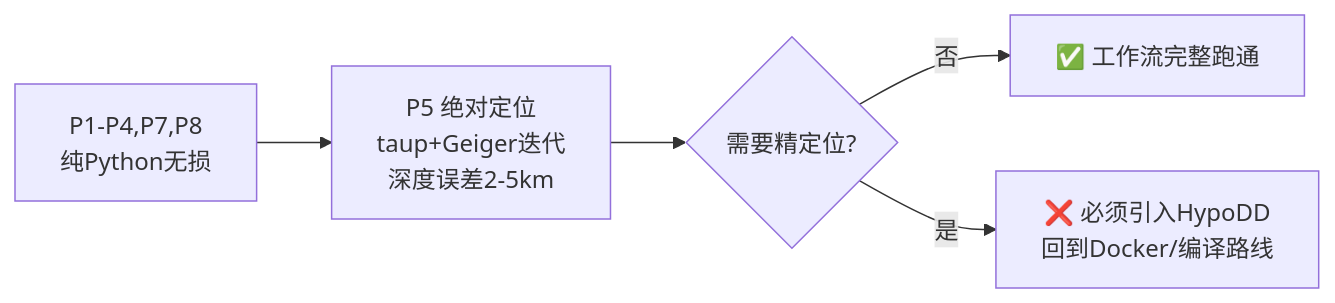
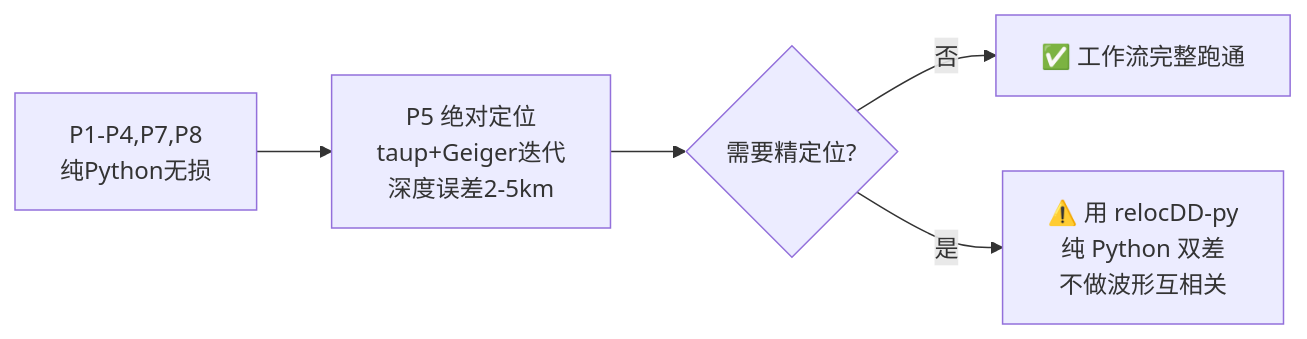
The diagram in instructions.md (Harmony-Lin/Geophysics_skill), drawn with Mermaid before and after one commit. The commit also changed other lines of this file and 23 other files, not shown here.

````diff
--- a/instructions.md
+++ b/instructions.md
@@ -484,7 +486,7 @@
 ```mermaid
 flowchart LR
     A[P1-P4,P7,P8<br/>纯Python无损] --> B[P5 绝对定位<br/>taup+Geiger迭代<br/>深度误差2-5km]
     B --> C{需要精定位?}
     C -->|否| D[✅ 工作流完整跑通]
-    C -->|是| E[❌ 必须引入HypoDD<br/>回到Docker/编译路线]
+    C -->|是| E[⚠️ 用 relocDD-py<br/>纯 Python 双差<br/>不做波形互相关]
 ```
````
